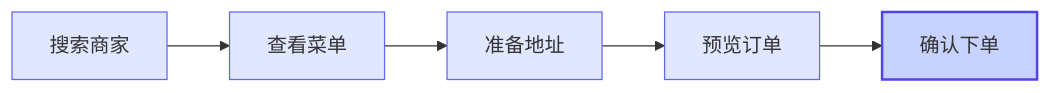
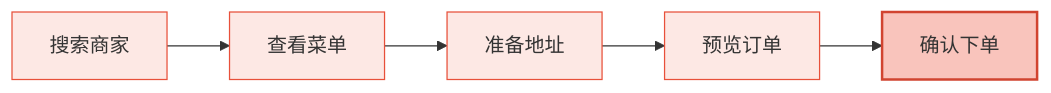
Before and after one commit to clawdot/docs: the diagram in gateway/order-flow.mdx, drawn with Mermaid. The commit also changed 10 other files, not shown here.

````diff
--- a/gateway/order-flow.mdx
+++ b/gateway/order-flow.mdx
@@ -10,13 +10,13 @@
 ```mermaid
 flowchart LR
   A["搜索商家"] --> B["查看菜单"]
   B --> C["准备地址"]
   C --> D["预览订单"]
   D --> E["确认下单"]
 
-  style A fill:#e0e7ff,stroke:#6366f1
-  style B fill:#e0e7ff,stroke:#6366f1
-  style C fill:#e0e7ff,stroke:#6366f1
-  style D fill:#e0e7ff,stroke:#6366f1
-  style E fill:#c7d2fe,stroke:#4f46e5,stroke-width:2px
+  style A fill:#fde8e4,stroke:#E8503A
+  style B fill:#fde8e4,stroke:#E8503A
+  style C fill:#fde8e4,stroke:#E8503A
+  style D fill:#fde8e4,stroke:#E8503A
+  style E fill:#f9c4bc,stroke:#D14430,stroke-width:2px
 ```
````
